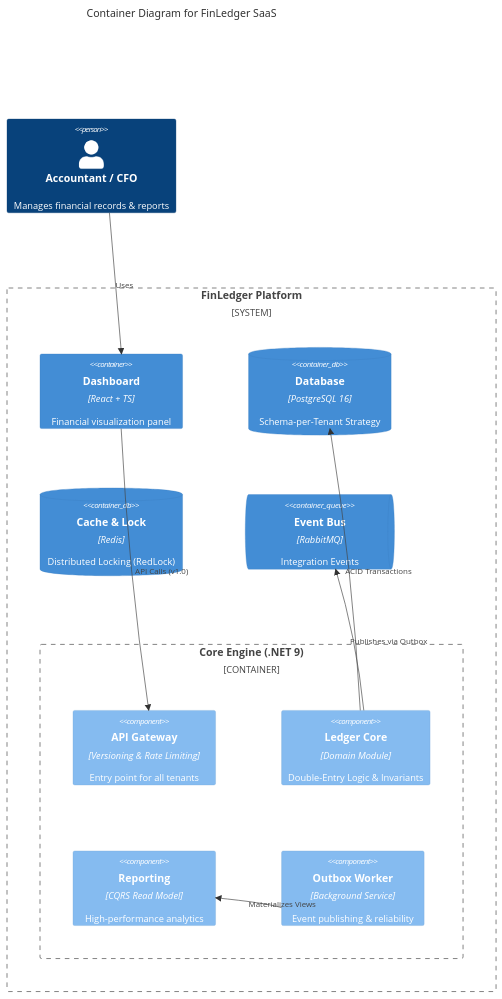
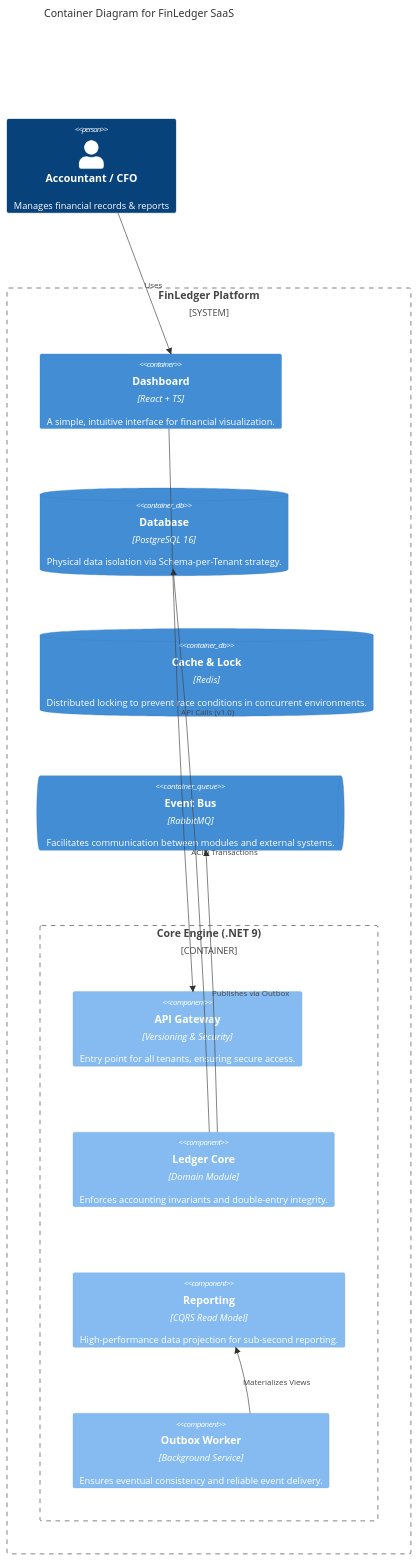
The diagram in README.md (amirhosein2015/FinLedger), drawn with Mermaid before and after one commit. The commit also changed other lines of this file, not shown here.

Commit message:
docs(readme): update roadmap to include Phase 11 React frontend development

````diff
--- a/README.md
+++ b/README.md
@@ -23,23 +30,27 @@
 ```mermaid
 C4Container
     title Container Diagram for FinLedger SaaS
+    
+    Person(accountant, "Accountant / CFO", "Manages financial records & reports")
+    
+    System_Boundary(c1, "FinLedger Platform") {
+        Container(spa, "Dashboard", "React + TS", "A simple, intuitive interface for financial visualization.")
+        
+        Container_Boundary(backend, "Core Engine (.NET 9)") {
+            Component(api, "API Gateway", "Versioning & Security", "Entry point for all tenants, ensuring secure access.")
+            Component(mod_ledger, "Ledger Core", "Domain Module", "Enforces accounting invariants and double-entry integrity.")
+            Component(mod_report, "Reporting", "CQRS Read Model", "High-performance data projection for sub-second reporting.")
+            Component(worker, "Outbox Worker", "Background Service", "Ensures eventual consistency and reliable event delivery.")
+        }
+        
+        ContainerDb(db, "Database", "PostgreSQL 16", "Physical data isolation via Schema-per-Tenant strategy.")
+        ContainerDb(redis, "Cache & Lock", "Redis", "Distributed locking to prevent race conditions in concurrent environments.")
+        ContainerQueue(bus, "Event Bus", "RabbitMQ", "Facilitates communication between modules and external systems.")
+    }
 
-    Person(accountant, "Accountant / CFO", "Manages financial records & reports")
-    System_Boundary(c1, "FinLedger Platform") {
-        Container(spa, "Dashboard", "React + TS", "Financial visualization panel")
-        Container_Boundary(backend, "Core Engine (.NET 9)") {
-            Component(api, "API Gateway", "Versioning & Rate Limiting", "Entry point for all tenants")
-            Component(mod_ledger, "Ledger Core", "Domain Module", "Double-Entry Logic & Invariants")
-            Component(mod_report, "Reporting", "CQRS Read Model", "High-performance analytics")
-            Component(worker, "Outbox Worker", "Background Service", "Event publishing & reliability")
-        }
-        ContainerDb(db, "Database", "PostgreSQL 16", "Schema-per-Tenant Strategy")
-        ContainerDb(redis, "Cache & Lock", "Redis", "Distributed Locking (RedLock)")
-        ContainerQueue(bus, "Event Bus", "RabbitMQ", "Integration Events")
-    }
     Rel(accountant, spa, "Uses")
     Rel(spa, api, "API Calls (v1.0)")
     Rel(mod_ledger, db, "ACID Transactions")
     Rel(mod_ledger, bus, "Publishes via Outbox")
     Rel(worker, mod_report, "Materializes Views")
 ```
````
